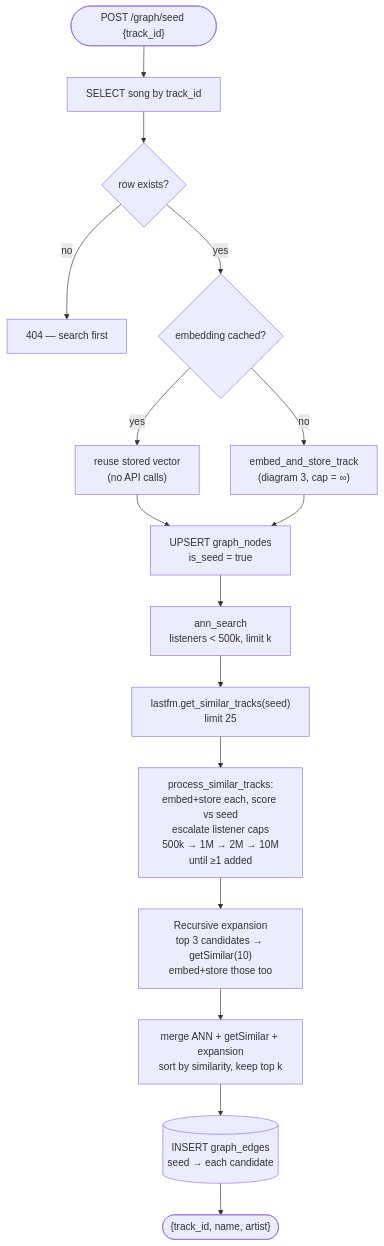
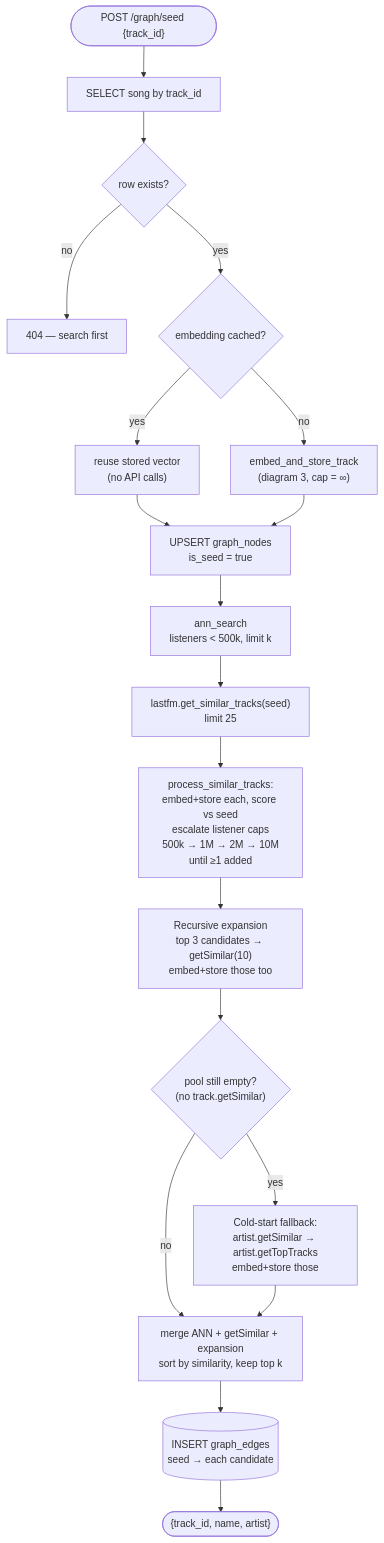
One commit to pedro-boudoux/discover changed the fifth of 10 diagrams in ARCHITECTURE.md. Above: the diagram before and after it, drawn with Mermaid. The commit also changed 4 other files, not shown here.

First line of the commit message:
Add similar-artist cold-start fallback for seeds with no track.getSimilar

````diff
--- a/ARCHITECTURE.md
+++ b/ARCHITECTURE.md
@@ -186,24 +186,27 @@
 ```mermaid
 flowchart TD
     req(["POST /graph/seed {track_id}"]) --> lookup["SELECT song by track_id"]
     lookup --> exist{"row exists?"}
     exist -->|no| e404["404 — search first"]
     exist -->|yes| cached{"embedding cached?"}
 
     cached -->|yes| reuse["reuse stored vector<br/>(no API calls)"]
     cached -->|no| build["embed_and_store_track<br/>(diagram 3, cap = ∞)"]
 
     reuse --> node
     build --> node["UPSERT graph_nodes<br/>is_seed = true"]
 
     node --> ann["ann_search<br/>listeners < 500k, limit k"]
     ann --> simseed["lastfm.get_similar_tracks(seed)<br/>limit 25"]
 
     simseed --> escalate["process_similar_tracks:<br/>embed+store each, score vs seed<br/>escalate listener caps<br/>500k → 1M → 2M → 10M<br/>until ≥1 added"]
 
     escalate --> expand["Recursive expansion<br/>top 3 candidates → getSimilar(10)<br/>embed+store those too"]
 
-    expand --> rank["merge ANN + getSimilar + expansion<br/>sort by similarity, keep top k"]
+    expand --> coldcheck{"pool still empty?<br/>(no track.getSimilar)"}
+    coldcheck -->|yes| fallback["Cold-start fallback:<br/>artist.getSimilar → artist.getTopTracks<br/>embed+store those"]
+    coldcheck -->|no| rank
+    fallback --> rank["merge ANN + getSimilar + expansion<br/>sort by similarity, keep top k"]
     rank --> edges[("INSERT graph_edges<br/>seed → each candidate")]
     edges --> done(["{track_id, name, artist}"])
 ```
````
